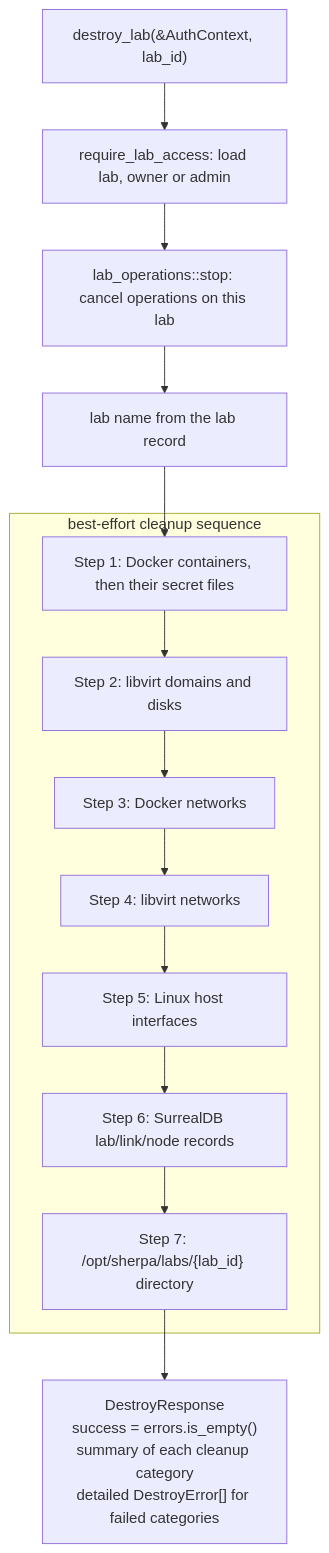
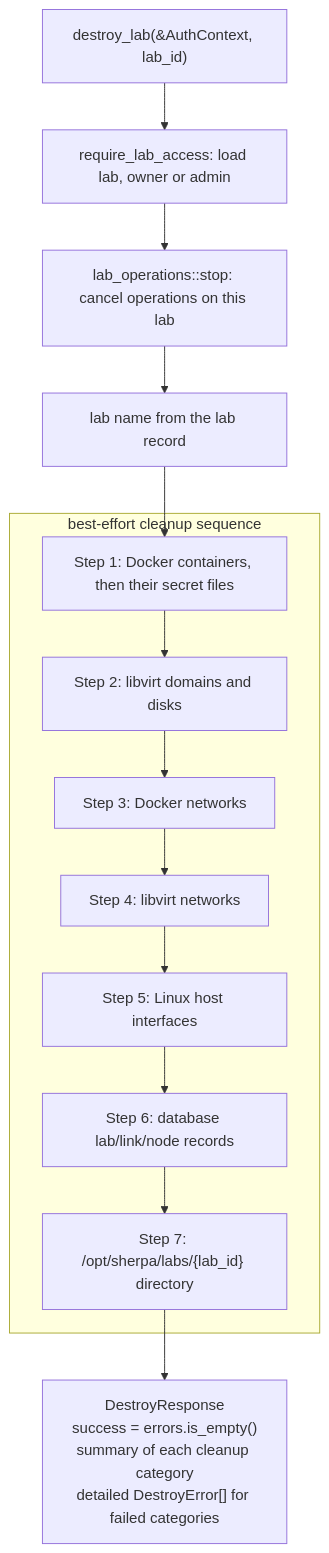
One commit to bwks/sherpa changed diagram 24 of 26 in docs/architecture/SERVER.md. Above: the diagram before and after it, drawn with Mermaid. The commit also changed other lines of this file and 145 other files, not shown here.

````diff
--- a/docs/architecture/SERVER.md
+++ b/docs/architecture/SERVER.md
@@ -1031,18 +1031,18 @@
 ```mermaid
 flowchart TB
     destroy["destroy_lab(&AuthContext, lab_id)"] --> access["require_lab_access: load lab, owner or admin"]
     access --> stopops["lab_operations::stop: cancel operations on this lab"]
     stopops --> labname["lab name from the lab record"]
     labname --> containers
     subgraph cleanup["best-effort cleanup sequence"]
         containers["Step 1: Docker containers, then their secret files"]
         domains["Step 2: libvirt domains and disks"]
         dockernets["Step 3: Docker networks"]
         libvirtnets["Step 4: libvirt networks"]
         interfaces["Step 5: Linux host interfaces"]
-        records["Step 6: SurrealDB lab/link/node records"]
+        records["Step 6: database lab/link/node records"]
         labdir["Step 7: /opt/sherpa/labs/{lab_id} directory"]
         containers --> domains --> dockernets --> libvirtnets --> interfaces --> records --> labdir
     end
     labdir --> response["DestroyResponse<br/>success = errors.is_empty()<br/>summary of each cleanup category<br/>detailed DestroyError[] for failed categories"]
 ```
````
